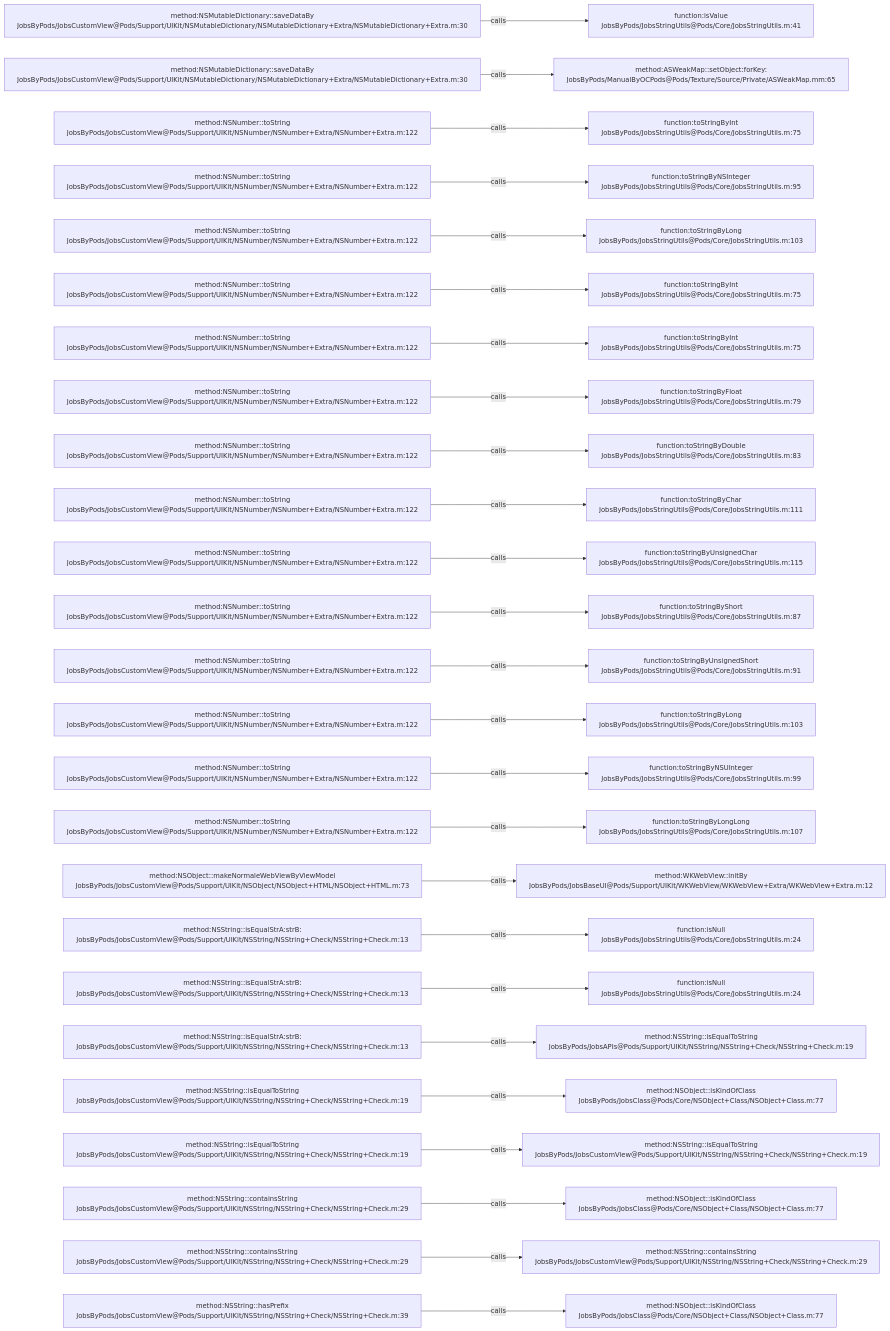
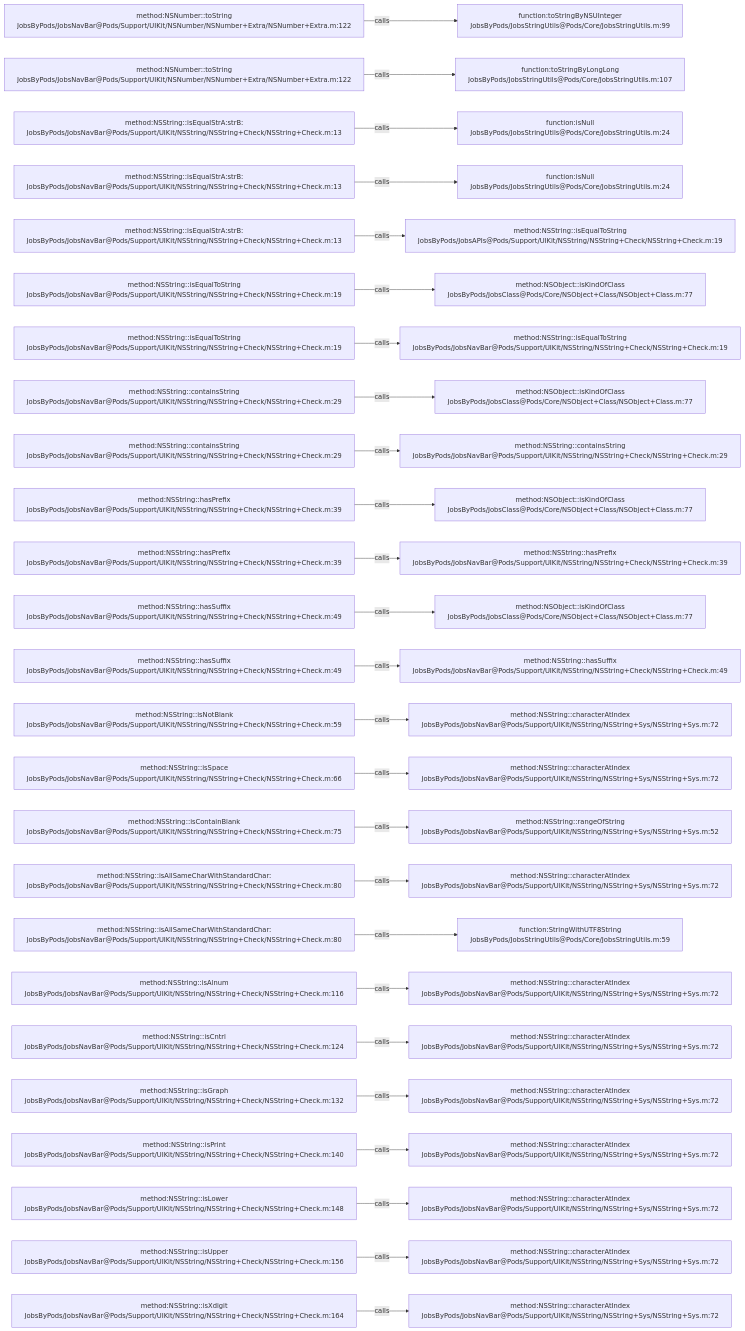
The diagram in .codegraph/codegraph.md/graphs/calls-080.md (JobsKits/JobsOCBaseConfigDemo), drawn with Mermaid before and after one commit. The commit also changed 573 other files, not shown here.

````diff
--- a/.codegraph/codegraph.md/graphs/calls-080.md
+++ b/.codegraph/codegraph.md/graphs/calls-080.md
@@ -13,78 +13,78 @@
 ```mermaid
 flowchart LR
-  S1["method:NSMutableDictionary::saveDataBy<br/>JobsByPods/JobsCustomView@Pods/Support/UIKit/NSMutableDictionary/NSMutableDictionary+Extra/NSMutableDictionary+Extra.m:30"]
-  T1["function:isValue<br/>JobsByPods/JobsStringUtils@Pods/Core/JobsStringUtils.m:41"]
+  S1["method:NSNumber::toString<br/>JobsByPods/JobsNavBar@Pods/Support/UIKit/NSNumber/NSNumber+Extra/NSNumber+Extra.m:122"]
+  T1["function:toStringByNSUInteger<br/>JobsByPods/JobsStringUtils@Pods/Core/JobsStringUtils.m:99"]
   S1 -->|calls| T1
-  S2["method:NSMutableDictionary::saveDataBy<br/>JobsByPods/JobsCustomView@Pods/Support/UIKit/NSMutableDictionary/NSMutableDictionary+Extra/NSMutableDictionary+Extra.m:30"]
-  T2["method:ASWeakMap::setObject:forKey:<br/>JobsByPods/ManualByOCPods@Pods/Texture/Source/Private/ASWeakMap.mm:65"]
+  S2["method:NSNumber::toString<br/>JobsByPods/JobsNavBar@Pods/Support/UIKit/NSNumber/NSNumber+Extra/NSNumber+Extra.m:122"]
+  T2["function:toStringByLongLong<br/>JobsByPods/JobsStringUtils@Pods/Core/JobsStringUtils.m:107"]
   S2 -->|calls| T2
-  S3["method:NSNumber::toString<br/>JobsByPods/JobsCustomView@Pods/Support/UIKit/NSNumber/NSNumber+Extra/NSNumber+Extra.m:122"]
-  T3["function:toStringByInt<br/>JobsByPods/JobsStringUtils@Pods/Core/JobsStringUtils.m:75"]
+  S3["method:NSString::isEqualStrA:strB:<br/>JobsByPods/JobsNavBar@Pods/Support/UIKit/NSString/NSString+Check/NSString+Check.m:13"]
+  T3["function:isNull<br/>JobsByPods/JobsStringUtils@Pods/Core/JobsStringUtils.m:24"]
   S3 -->|calls| T3
-  S4["method:NSNumber::toString<br/>JobsByPods/JobsCustomView@Pods/Support/UIKit/NSNumber/NSNumber+Extra/NSNumber+Extra.m:122"]
-  T4["function:toStringByNSInteger<br/>JobsByPods/JobsStringUtils@Pods/Core/JobsStringUtils.m:95"]
+  S4["method:NSString::isEqualStrA:strB:<br/>JobsByPods/JobsNavBar@Pods/Support/UIKit/NSString/NSString+Check/NSString+Check.m:13"]
+  T4["function:isNull<br/>JobsByPods/JobsStringUtils@Pods/Core/JobsStringUtils.m:24"]
   S4 -->|calls| T4
-  S5["method:NSNumber::toString<br/>JobsByPods/JobsCustomView@Pods/Support/UIKit/NSNumber/NSNumber+Extra/NSNumber+Extra.m:122"]
-  T5["function:toStringByLong<br/>JobsByPods/JobsStringUtils@Pods/Core/JobsStringUtils.m:103"]
+  S5["method:NSString::isEqualStrA:strB:<br/>JobsByPods/JobsNavBar@Pods/Support/UIKit/NSString/NSString+Check/NSString+Check.m:13"]
+  T5["method:NSString::isEqualToString<br/>JobsByPods/JobsAPIs@Pods/Support/UIKit/NSString/NSString+Check/NSString+Check.m:19"]
   S5 -->|calls| T5
-  S6["method:NSNumber::toString<br/>JobsByPods/JobsCustomView@Pods/Support/UIKit/NSNumber/NSNumber+Extra/NSNumber+Extra.m:122"]
-  T6["function:toStringByInt<br/>JobsByPods/JobsStringUtils@Pods/Core/JobsStringUtils.m:75"]
+  S6["method:NSString::isEqualToString<br/>JobsByPods/JobsNavBar@Pods/Support/UIKit/NSString/NSString+Check/NSString+Check.m:19"]
+  T6["method:NSObject::isKindOfClass<br/>JobsByPods/JobsClass@Pods/Core/NSObject+Class/NSObject+Class.m:77"]
   S6 -->|calls| T6
-  S7["method:NSNumber::toString<br/>JobsByPods/JobsCustomView@Pods/Support/UIKit/NSNumber/NSNumber+Extra/NSNumber+Extra.m:122"]
-  T7["function:toStringByInt<br/>JobsByPods/JobsStringUtils@Pods/Core/JobsStringUtils.m:75"]
+  S7["method:NSString::isEqualToString<br/>JobsByPods/JobsNavBar@Pods/Support/UIKit/NSString/NSString+Check/NSString+Check.m:19"]
+  T7["method:NSString::isEqualToString<br/>JobsByPods/JobsNavBar@Pods/Support/UIKit/NSString/NSString+Check/NSString+Check.m:19"]
   S7 -->|calls| T7
-  S8["method:NSNumber::toString<br/>JobsByPods/JobsCustomView@Pods/Support/UIKit/NSNumber/NSNumber+Extra/NSNumber+Extra.m:122"]
-  T8["function:toStringByFloat<br/>JobsByPods/JobsStringUtils@Pods/Core/JobsStringUtils.m:79"]
+  S8["method:NSString::containsString<br/>JobsByPods/JobsNavBar@Pods/Support/UIKit/NSString/NSString+Check/NSString+Check.m:29"]
+  T8["method:NSObject::isKindOfClass<br/>JobsByPods/JobsClass@Pods/Core/NSObject+Class/NSObject+Class.m:77"]
   S8 -->|calls| T8
-  S9["method:NSNumber::toString<br/>JobsByPods/JobsCustomView@Pods/Support/UIKit/NSNumber/NSNumber+Extra/NSNumber+Extra.m:122"]
-  T9["function:toStringByDouble<br/>JobsByPods/JobsStringUtils@Pods/Core/JobsStringUtils.m:83"]
+  S9["method:NSString::containsString<br/>JobsByPods/JobsNavBar@Pods/Support/UIKit/NSString/NSString+Check/NSString+Check.m:29"]
+  T9["method:NSString::containsString<br/>JobsByPods/JobsNavBar@Pods/Support/UIKit/NSString/NSString+Check/NSString+Check.m:29"]
   S9 -->|calls| T9
-  S10["method:NSNumber::toString<br/>JobsByPods/JobsCustomView@Pods/Support/UIKit/NSNumber/NSNumber+Extra/NSNumber+Extra.m:122"]
-  T10["function:toStringByChar<br/>JobsByPods/JobsStringUtils@Pods/Core/JobsStringUtils.m:111"]
+  S10["method:NSString::hasPrefix<br/>JobsByPods/JobsNavBar@Pods/Support/UIKit/NSString/NSString+Check/NSString+Check.m:39"]
+  T10["method:NSObject::isKindOfClass<br/>JobsByPods/JobsClass@Pods/Core/NSObject+Class/NSObject+Class.m:77"]
   S10 -->|calls| T10
-  S11["method:NSNumber::toString<br/>JobsByPods/JobsCustomView@Pods/Support/UIKit/NSNumber/NSNumber+Extra/NSNumber+Extra.m:122"]
-  T11["function:toStringByUnsignedChar<br/>JobsByPods/JobsStringUtils@Pods/Core/JobsStringUtils.m:115"]
+  S11["method:NSString::hasPrefix<br/>JobsByPods/JobsNavBar@Pods/Support/UIKit/NSString/NSString+Check/NSString+Check.m:39"]
+  T11["method:NSString::hasPrefix<br/>JobsByPods/JobsNavBar@Pods/Support/UIKit/NSString/NSString+Check/NSString+Check.m:39"]
   S11 -->|calls| T11
-  S12["method:NSNumber::toString<br/>JobsByPods/JobsCustomView@Pods/Support/UIKit/NSNumber/NSNumber+Extra/NSNumber+Extra.m:122"]
-  T12["function:toStringByShort<br/>JobsByPods/JobsStringUtils@Pods/Core/JobsStringUtils.m:87"]
+  S12["method:NSString::hasSuffix<br/>JobsByPods/JobsNavBar@Pods/Support/UIKit/NSString/NSString+Check/NSString+Check.m:49"]
+  T12["method:NSObject::isKindOfClass<br/>JobsByPods/JobsClass@Pods/Core/NSObject+Class/NSObject+Class.m:77"]
   S12 -->|calls| T12
-  S13["method:NSNumber::toString<br/>JobsByPods/JobsCustomView@Pods/Support/UIKit/NSNumber/NSNumber+Extra/NSNumber+Extra.m:122"]
-  T13["function:toStringByUnsignedShort<br/>JobsByPods/JobsStringUtils@Pods/Core/JobsStringUtils.m:91"]
+  S13["method:NSString::hasSuffix<br/>JobsByPods/JobsNavBar@Pods/Support/UIKit/NSString/NSString+Check/NSString+Check.m:49"]
+  T13["method:NSString::hasSuffix<br/>JobsByPods/JobsNavBar@Pods/Support/UIKit/NSString/NSString+Check/NSString+Check.m:49"]
   S13 -->|calls| T13
-  S14["method:NSNumber::toString<br/>JobsByPods/JobsCustomView@Pods/Support/UIKit/NSNumber/NSNumber+Extra/NSNumber+Extra.m:122"]
-  T14["function:toStringByLong<br/>JobsByPods/JobsStringUtils@Pods/Core/JobsStringUtils.m:103"]
+  S14["method:NSString::isNotBlank<br/>JobsByPods/JobsNavBar@Pods/Support/UIKit/NSString/NSString+Check/NSString+Check.m:59"]
+  T14["method:NSString::characterAtIndex<br/>JobsByPods/JobsNavBar@Pods/Support/UIKit/NSString/NSString+Sys/NSString+Sys.m:72"]
   S14 -->|calls| T14
-  S15["method:NSNumber::toString<br/>JobsByPods/JobsCustomView@Pods/Support/UIKit/NSNumber/NSNumber+Extra/NSNumber+Extra.m:122"]
-  T15["function:toStringByNSUInteger<br/>JobsByPods/JobsStringUtils@Pods/Core/JobsStringUtils.m:99"]
+  S15["method:NSString::isSpace<br/>JobsByPods/JobsNavBar@Pods/Support/UIKit/NSString/NSString+Check/NSString+Check.m:66"]
+  T15["method:NSString::characterAtIndex<br/>JobsByPods/JobsNavBar@Pods/Support/UIKit/NSString/NSString+Sys/NSString+Sys.m:72"]
   S15 -->|calls| T15
-  S16["method:NSNumber::toString<br/>JobsByPods/JobsCustomView@Pods/Support/UIKit/NSNumber/NSNumber+Extra/NSNumber+Extra.m:122"]
-  T16["function:toStringByLongLong<br/>JobsByPods/JobsStringUtils@Pods/Core/JobsStringUtils.m:107"]
+  S16["method:NSString::isContainBlank<br/>JobsByPods/JobsNavBar@Pods/Support/UIKit/NSString/NSString+Check/NSString+Check.m:75"]
+  T16["method:NSString::rangeOfString<br/>JobsByPods/JobsNavBar@Pods/Support/UIKit/NSString/NSString+Sys/NSString+Sys.m:52"]
   S16 -->|calls| T16
-  S17["method:NSObject::makeNormaleWebViewByViewModel<br/>JobsByPods/JobsCustomView@Pods/Support/UIKit/NSObject/NSObject+HTML/NSObject+HTML.m:73"]
-  T17["method:WKWebView::initBy<br/>JobsByPods/JobsBaseUI@Pods/Support/UIKit/WKWebView/WKWebView+Extra/WKWebView+Extra.m:12"]
+  S17["method:NSString::isAllSameCharWithStandardChar:<br/>JobsByPods/JobsNavBar@Pods/Support/UIKit/NSString/NSString+Check/NSString+Check.m:80"]
+  T17["method:NSString::characterAtIndex<br/>JobsByPods/JobsNavBar@Pods/Support/UIKit/NSString/NSString+Sys/NSString+Sys.m:72"]
   S17 -->|calls| T17
-  S18["method:NSString::isEqualStrA:strB:<br/>JobsByPods/JobsCustomView@Pods/Support/UIKit/NSString/NSString+Check/NSString+Check.m:13"]
-  T18["function:isNull<br/>JobsByPods/JobsStringUtils@Pods/Core/JobsStringUtils.m:24"]
+  S18["method:NSString::isAllSameCharWithStandardChar:<br/>JobsByPods/JobsNavBar@Pods/Support/UIKit/NSString/NSString+Check/NSString+Check.m:80"]
+  T18["function:StringWithUTF8String<br/>JobsByPods/JobsStringUtils@Pods/Core/JobsStringUtils.m:59"]
   S18 -->|calls| T18
-  S19["method:NSString::isEqualStrA:strB:<br/>JobsByPods/JobsCustomView@Pods/Support/UIKit/NSString/NSString+Check/NSString+Check.m:13"]
-  T19["function:isNull<br/>JobsByPods/JobsStringUtils@Pods/Core/JobsStringUtils.m:24"]
+  S19["method:NSString::isAlnum<br/>JobsByPods/JobsNavBar@Pods/Support/UIKit/NSString/NSString+Check/NSString+Check.m:116"]
+  T19["method:NSString::characterAtIndex<br/>JobsByPods/JobsNavBar@Pods/Support/UIKit/NSString/NSString+Sys/NSString+Sys.m:72"]
   S19 -->|calls| T19
-  S20["method:NSString::isEqualStrA:strB:<br/>JobsByPods/JobsCustomView@Pods/Support/UIKit/NSString/NSString+Check/NSString+Check.m:13"]
-  T20["method:NSString::isEqualToString<br/>JobsByPods/JobsAPIs@Pods/Support/UIKit/NSString/NSString+Check/NSString+Check.m:19"]
+  S20["method:NSString::isCntrl<br/>JobsByPods/JobsNavBar@Pods/Support/UIKit/NSString/NSString+Check/NSString+Check.m:124"]
+  T20["method:NSString::characterAtIndex<br/>JobsByPods/JobsNavBar@Pods/Support/UIKit/NSString/NSString+Sys/NSString+Sys.m:72"]
   S20 -->|calls| T20
-  S21["method:NSString::isEqualToString<br/>JobsByPods/JobsCustomView@Pods/Support/UIKit/NSString/NSString+Check/NSString+Check.m:19"]
-  T21["method:NSObject::isKindOfClass<br/>JobsByPods/JobsClass@Pods/Core/NSObject+Class/NSObject+Class.m:77"]
+  S21["method:NSString::isGraph<br/>JobsByPods/JobsNavBar@Pods/Support/UIKit/NSString/NSString+Check/NSString+Check.m:132"]
+  T21["method:NSString::characterAtIndex<br/>JobsByPods/JobsNavBar@Pods/Support/UIKit/NSString/NSString+Sys/NSString+Sys.m:72"]
   S21 -->|calls| T21
-  S22["method:NSString::isEqualToString<br/>JobsByPods/JobsCustomView@Pods/Support/UIKit/NSString/NSString+Check/NSString+Check.m:19"]
-  T22["method:NSString::isEqualToString<br/>JobsByPods/JobsCustomView@Pods/Support/UIKit/NSString/NSString+Check/NSString+Check.m:19"]
+  S22["method:NSString::isPrint<br/>JobsByPods/JobsNavBar@Pods/Support/UIKit/NSString/NSString+Check/NSString+Check.m:140"]
+  T22["method:NSString::characterAtIndex<br/>JobsByPods/JobsNavBar@Pods/Support/UIKit/NSString/NSString+Sys/NSString+Sys.m:72"]
   S22 -->|calls| T22
-  S23["method:NSString::containsString<br/>JobsByPods/JobsCustomView@Pods/Support/UIKit/NSString/NSString+Check/NSString+Check.m:29"]
-  T23["method:NSObject::isKindOfClass<br/>JobsByPods/JobsClass@Pods/Core/NSObject+Class/NSObject+Class.m:77"]
+  S23["method:NSString::isLower<br/>JobsByPods/JobsNavBar@Pods/Support/UIKit/NSString/NSString+Check/NSString+Check.m:148"]
+  T23["method:NSString::characterAtIndex<br/>JobsByPods/JobsNavBar@Pods/Support/UIKit/NSString/NSString+Sys/NSString+Sys.m:72"]
   S23 -->|calls| T23
-  S24["method:NSString::containsString<br/>JobsByPods/JobsCustomView@Pods/Support/UIKit/NSString/NSString+Check/NSString+Check.m:29"]
-  T24["method:NSString::containsString<br/>JobsByPods/JobsCustomView@Pods/Support/UIKit/NSString/NSString+Check/NSString+Check.m:29"]
+  S24["method:NSString::isUpper<br/>JobsByPods/JobsNavBar@Pods/Support/UIKit/NSString/NSString+Check/NSString+Check.m:156"]
+  T24["method:NSString::characterAtIndex<br/>JobsByPods/JobsNavBar@Pods/Support/UIKit/NSString/NSString+Sys/NSString+Sys.m:72"]
   S24 -->|calls| T24
-  S25["method:NSString::hasPrefix<br/>JobsByPods/JobsCustomView@Pods/Support/UIKit/NSString/NSString+Check/NSString+Check.m:39"]
-  T25["method:NSObject::isKindOfClass<br/>JobsByPods/JobsClass@Pods/Core/NSObject+Class/NSObject+Class.m:77"]
+  S25["method:NSString::isXdigit<br/>JobsByPods/JobsNavBar@Pods/Support/UIKit/NSString/NSString+Check/NSString+Check.m:164"]
+  T25["method:NSString::characterAtIndex<br/>JobsByPods/JobsNavBar@Pods/Support/UIKit/NSString/NSString+Sys/NSString+Sys.m:72"]
   S25 -->|calls| T25
 ```
````
